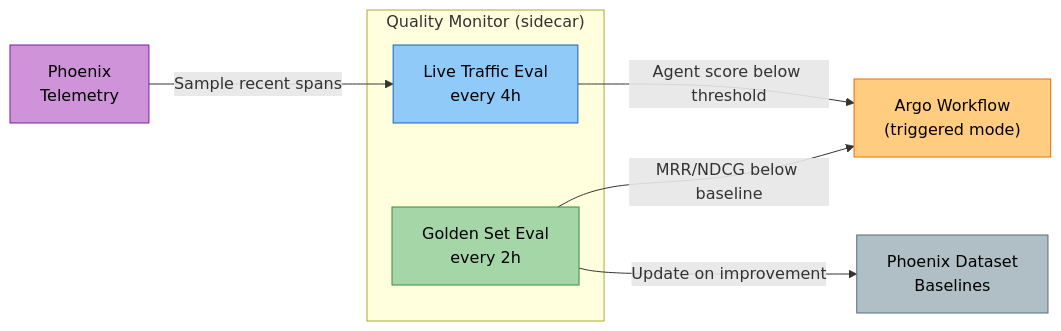
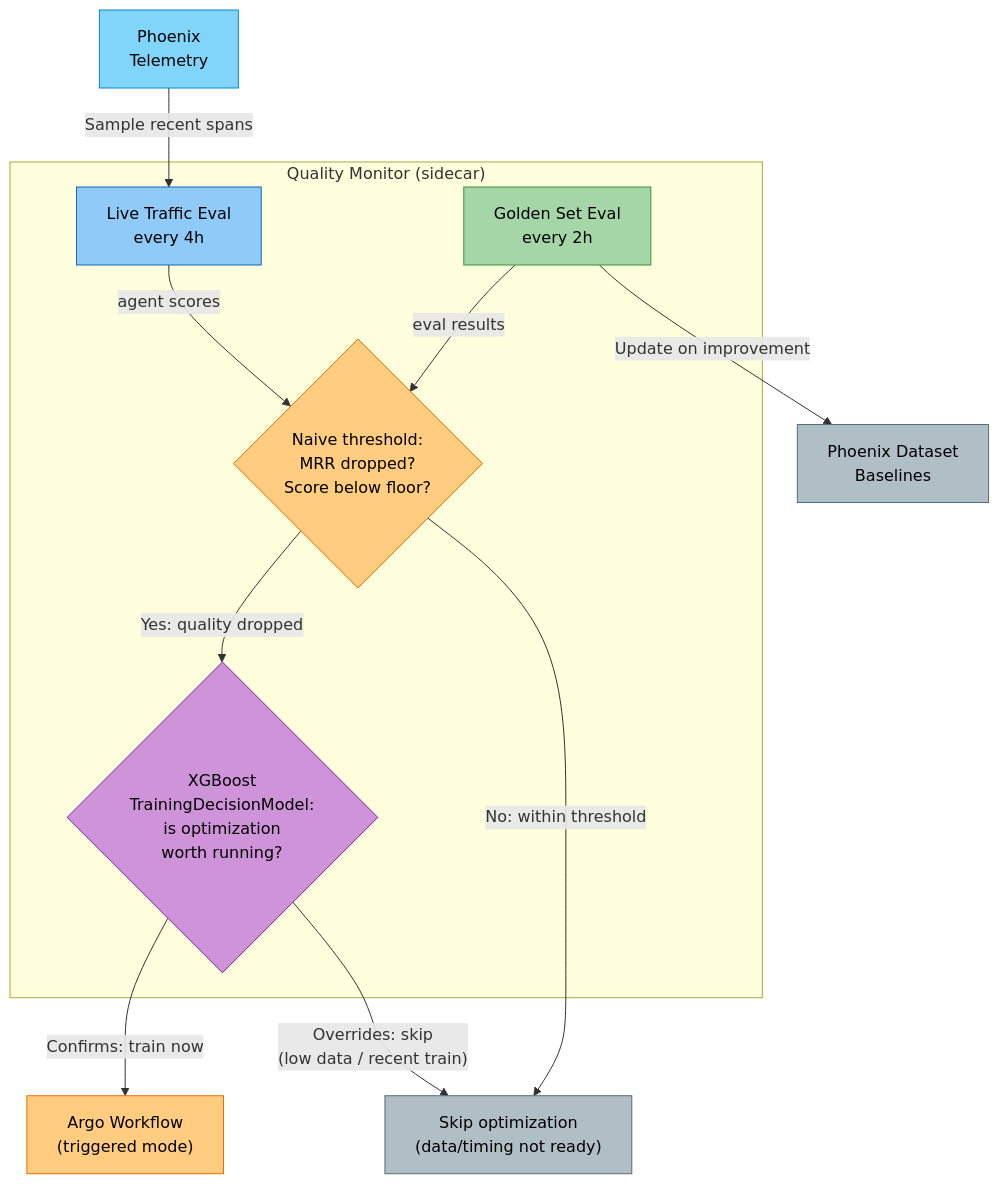
Before and after one commit to amit-jain/cogniverse: the seventh of 8 diagrams in docs/architecture/evaluation-optimization-loop.md, drawn with Mermaid. The commit also changed other lines of this file and 1 other file, not shown here.

Commit message:
Add messaging gateway and XGBoost training decision diagrams to docs
Add gateway architecture flowchart and end-to-end Telegram user flow
sequence diagram to USER_GUIDE. Update evaluation-optimization-loop
diagram to show XGBoost TrainingDecisionModel as a second gate between
naive threshold check and Argo submission.

````diff
--- a/docs/architecture/evaluation-optimization-loop.md
+++ b/docs/architecture/evaluation-optimization-loop.md
@@ -420,22 +420,34 @@
 ```mermaid
-flowchart LR
+flowchart TD
     subgraph "Quality Monitor (sidecar)"
         GM["<span style='color:#000'>Golden Set Eval<br/>every 2h</span>"]
         LT["<span style='color:#000'>Live Traffic Eval<br/>every 4h</span>"]
+        THR{"<span style='color:#000'>Naive threshold:<br/>MRR dropped?<br/>Score below floor?</span>"}
+        XGB{"<span style='color:#000'>XGBoost<br/>TrainingDecisionModel:<br/>is optimization<br/>worth running?</span>"}
     end
 
     PHX["<span style='color:#000'>Phoenix<br/>Telemetry</span>"]
     ARGO["<span style='color:#000'>Argo Workflow<br/>(triggered mode)</span>"]
     BASELINE["<span style='color:#000'>Phoenix Dataset<br/>Baselines</span>"]
+    SKIP["<span style='color:#000'>Skip optimization<br/>(data/timing not ready)</span>"]
 
-    GM -->|"MRR/NDCG below baseline"| ARGO
-    LT -->|"Agent score below threshold"| ARGO
+    GM -->|"eval results"| THR
+    LT -->|"agent scores"| THR
+    PHX -->|"Sample recent spans"| LT
     GM -->|"Update on improvement"| BASELINE
-    PHX -->|"Sample recent spans"| LT
+
+    THR -- "Yes: quality dropped" --> XGB
+    THR -- "No: within threshold" --> SKIP
+
+    XGB -- "Confirms: train now" --> ARGO
+    XGB -- "Overrides: skip\n(low data / recent train)" --> SKIP
 
     style GM fill:#a5d6a7,stroke:#388e3c,color:#000
     style LT fill:#90caf9,stroke:#1565c0,color:#000
-    style PHX fill:#ce93d8,stroke:#7b1fa2,color:#000
+    style THR fill:#ffcc80,stroke:#ef6c00,color:#000
+    style XGB fill:#ce93d8,stroke:#7b1fa2,color:#000
+    style PHX fill:#81d4fa,stroke:#0288d1,color:#000
     style ARGO fill:#ffcc80,stroke:#ef6c00,color:#000
     style BASELINE fill:#b0bec5,stroke:#546e7a,color:#000
+    style SKIP fill:#b0bec5,stroke:#546e7a,color:#000
 ```
````
